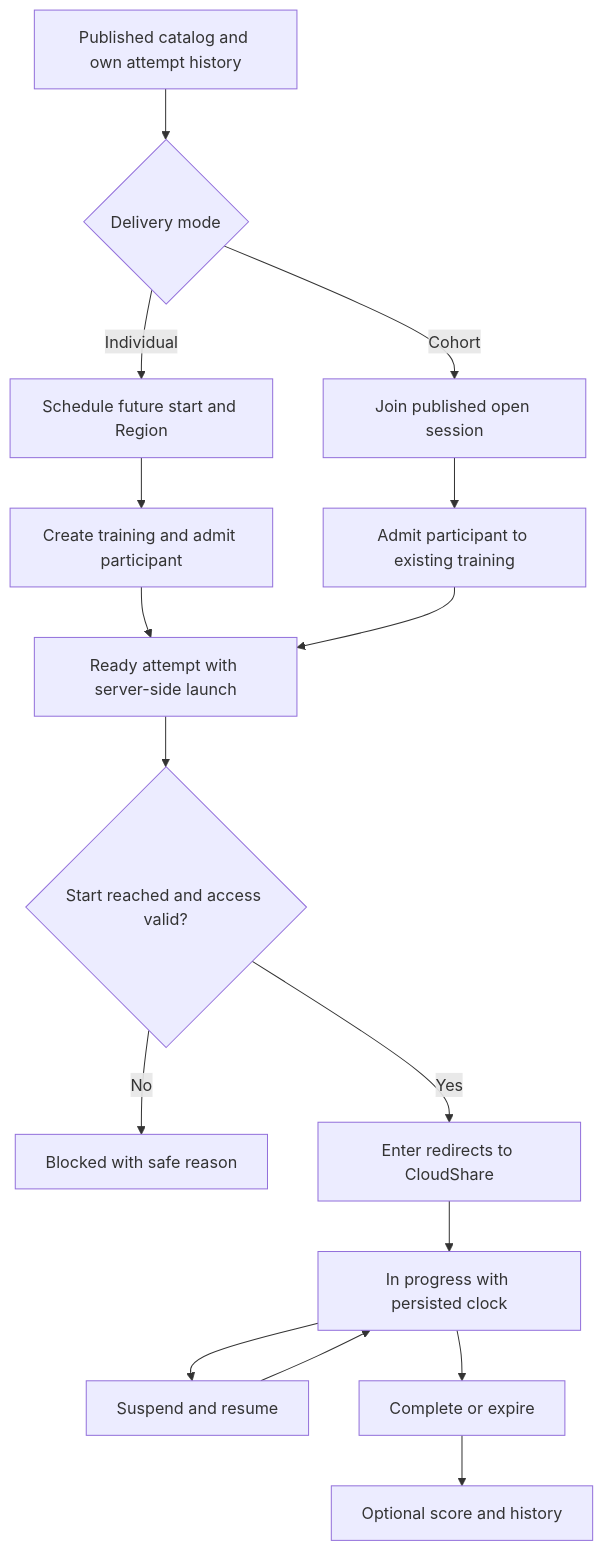
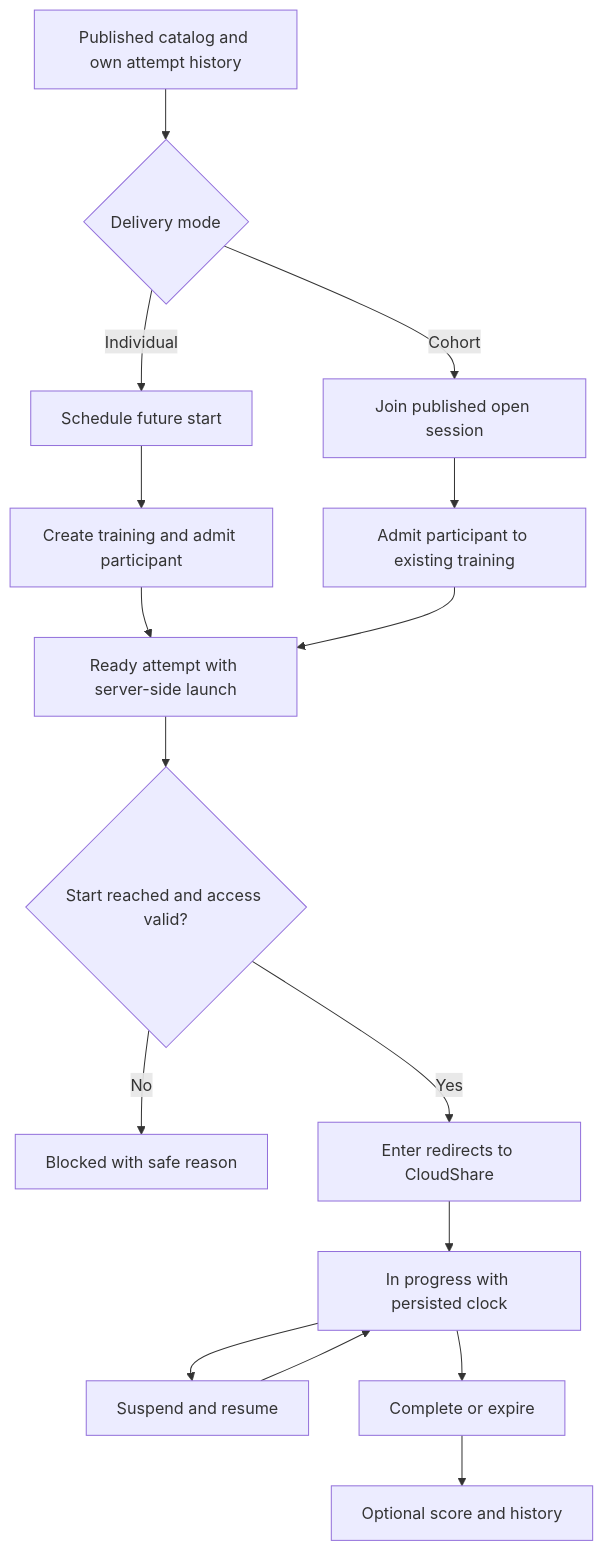
Before and after one commit to cloudshare/cloudshare-demo-portal: the first of 2 diagrams in docs/flows/certification-candidate.md, drawn with Mermaid. The commit also changed other lines of this file and 5 other files, not shown here.

````diff
--- a/docs/flows/certification-candidate.md
+++ b/docs/flows/certification-candidate.md
@@ -7,18 +7,18 @@
 ```mermaid
 flowchart TD
   C[Published catalog and own attempt history] --> M{Delivery mode}
-  M -->|Individual| S[Schedule future start and Region]
+  M -->|Individual| S[Schedule future start]
   M -->|Cohort| J[Join published open session]
   S --> T[Create training and admit participant]
   J --> A[Admit participant to existing training]
   T --> R[Ready attempt with server-side launch]
   A --> R
   R --> G{Start reached and access valid?}
   G -->|No| B[Blocked with safe reason]
   G -->|Yes| E[Enter redirects to CloudShare]
   E --> I[In progress with persisted clock]
   I --> P[Suspend and resume]
   P --> I
   I --> F[Complete or expire]
   F --> Q[Optional score and history]
 ```
````
